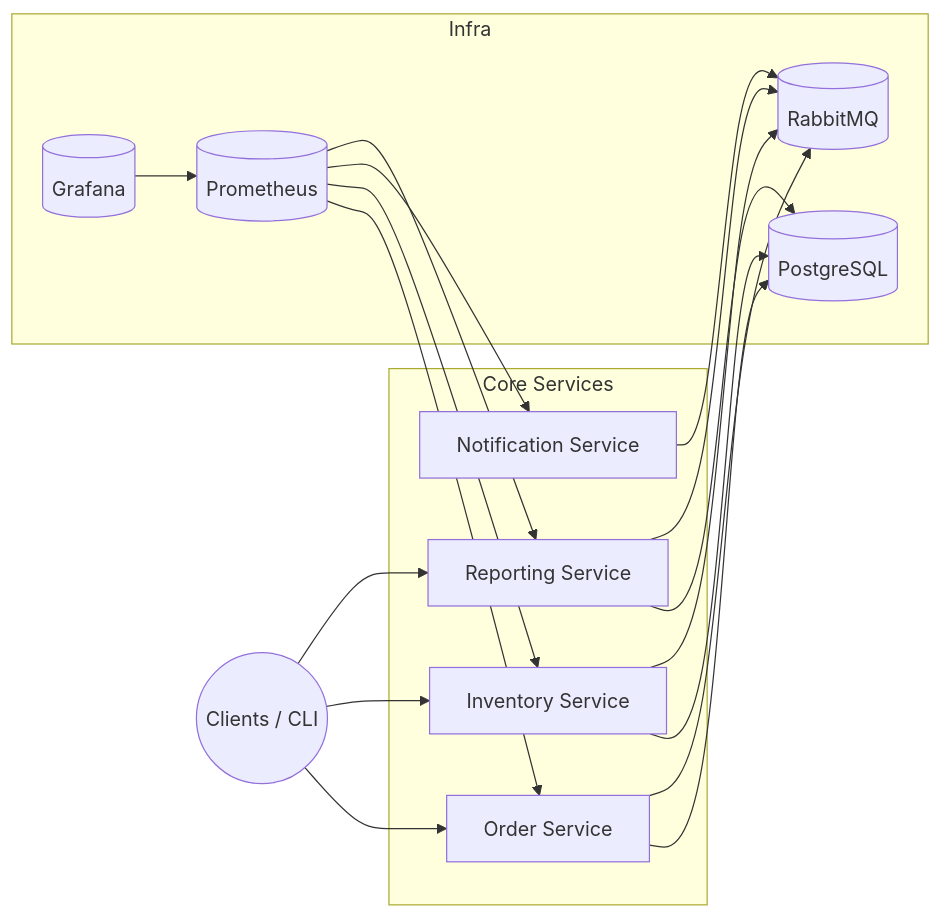
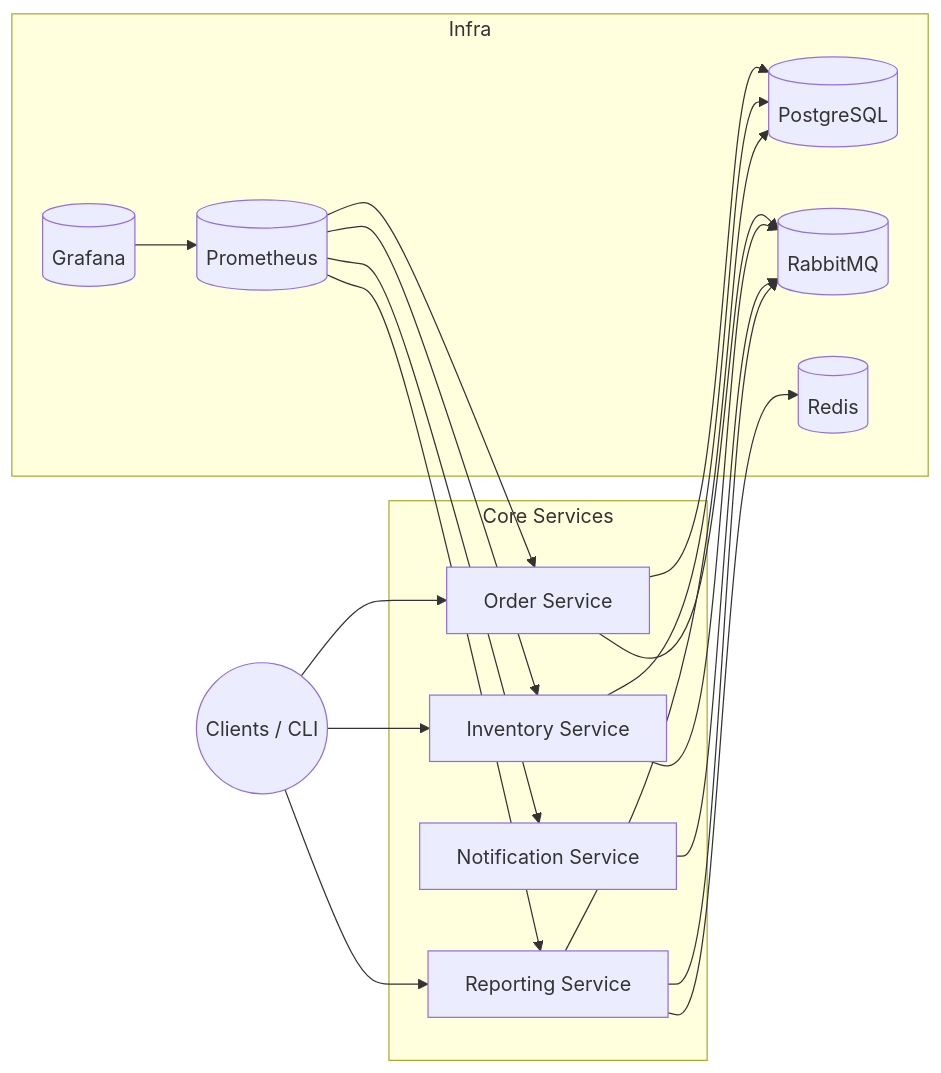
Before and after one commit to hacisimsek/real-time-order-system: the diagram in docs/overview/project-deep-dive.md, drawn with Mermaid. The commit also changed other lines of this file and 25 other files, not shown here.

````diff
--- a/docs/overview/project-deep-dive.md
+++ b/docs/overview/project-deep-dive.md
@@ -19,31 +19,33 @@
 ```mermaid
 flowchart LR
     Client((Clients / CLI))
     subgraph Core Services
         Order[Order Service]
         Inventory[Inventory Service]
         Notification[Notification Service]
         Reporting[Reporting Service]
     end
     subgraph Infra
         Postgres[(PostgreSQL)]
         Rabbit[(RabbitMQ)]
+        Redis[(Redis)]
         Prometheus[(Prometheus)]
         Grafana[(Grafana)]
     end
     Client --> Order
     Client --> Inventory
     Client --> Reporting
     Order --> Postgres
     Inventory --> Postgres
     Reporting --> Postgres
+    Reporting --> Redis
     Order --> Rabbit
     Inventory --> Rabbit
     Notification --> Rabbit
     Reporting --> Rabbit
     Prometheus --> Order
     Prometheus --> Inventory
     Prometheus --> Notification
     Prometheus --> Reporting
     Grafana --> Prometheus
 ```
````
